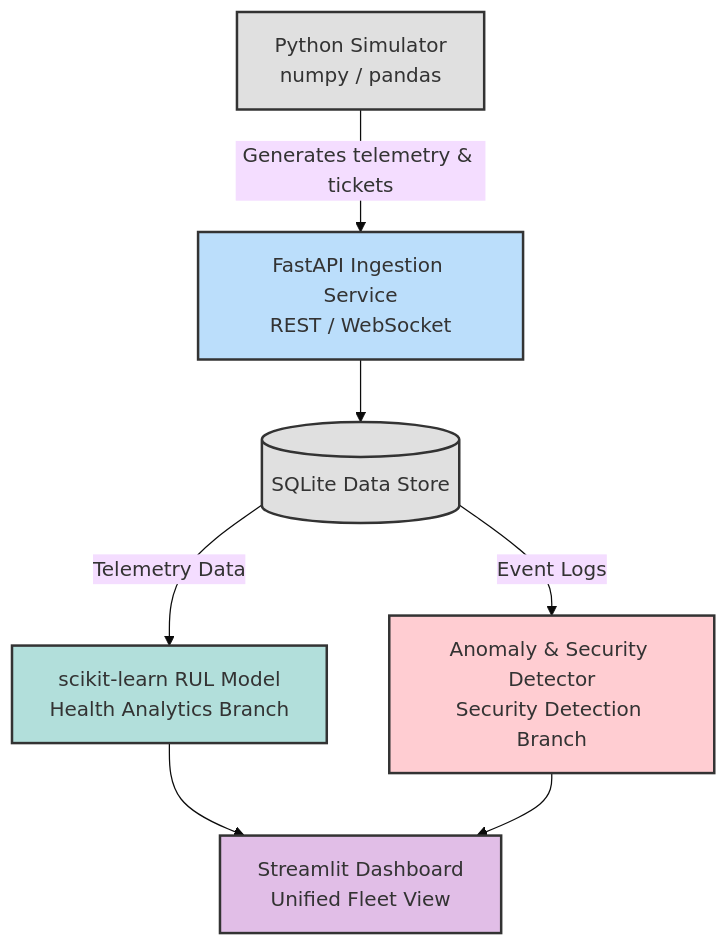
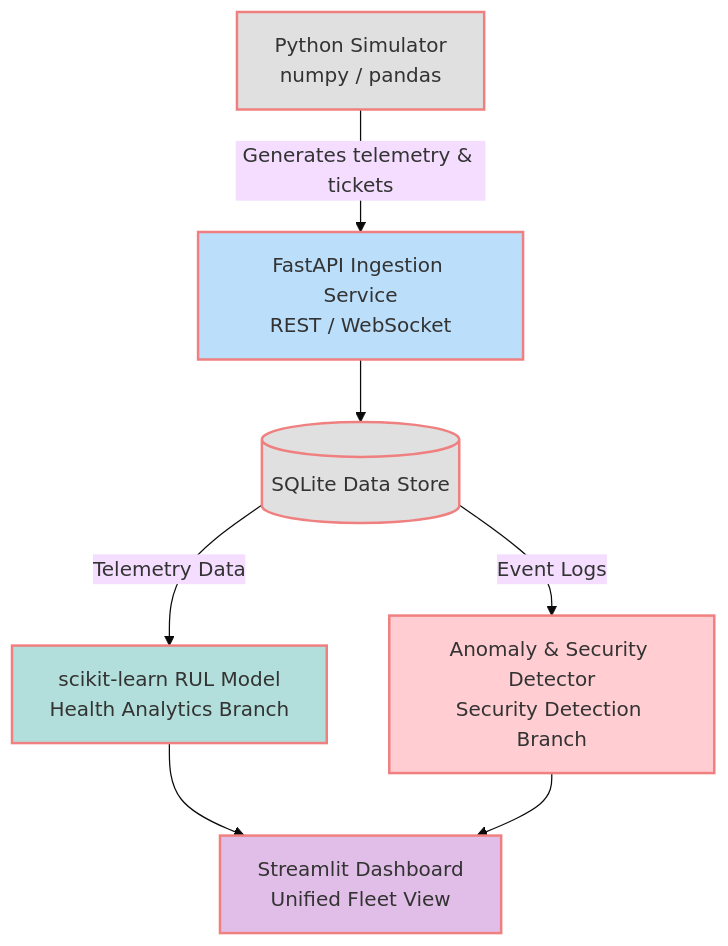
One commit to Yash2642k5/VOLTSENTINEL changed the diagram in README.md. Above: the diagram before and after it, drawn with Mermaid (base theme). The commit also changed other lines of this file, not shown here.

````diff
--- a/README.md
+++ b/README.md
@@ -75,16 +75,16 @@
 ```mermaid
 graph TD
     A[Python Simulator<br>numpy / pandas] -->|Generates telemetry & tickets| B[FastAPI Ingestion Service<br>REST / WebSocket]
     B --> C[(SQLite Data Store)]
     C -->|Telemetry Data| D[scikit-learn RUL Model<br>Health Analytics Branch]
     C -->|Event Logs| E[Anomaly & Security Detector<br>Security Detection Branch]
     D --> F[Streamlit Dashboard<br>Unified Fleet View]
     E --> F
     
-    style A fill:#e0e0e0,stroke:#333,stroke-width:2px
-    style B fill:#bbdefb,stroke:#333,stroke-width:2px
-    style C fill:#e0e0e0,stroke:#333,stroke-width:2px
-    style D fill:#b2dfdb,stroke:#333,stroke-width:2px
-    style E fill:#ffcdd2,stroke:#333,stroke-width:2px
-    style F fill:#e1bee7,stroke:#333,stroke-width:2px
+    style A fill:#e0e0e0,stroke:#F08080,stroke-width:2px
+    style B fill:#bbdefb,stroke:#F08080,stroke-width:2px
+    style C fill:#e0e0e0,stroke:#F08080,stroke-width:2px
+    style D fill:#b2dfdb,stroke:#F08080,stroke-width:2px
+    style E fill:#ffcdd2,stroke:#F08080,stroke-width:2px
+    style F fill:#e1bee7,stroke:#F08080,stroke-width:2px
 ```
````
